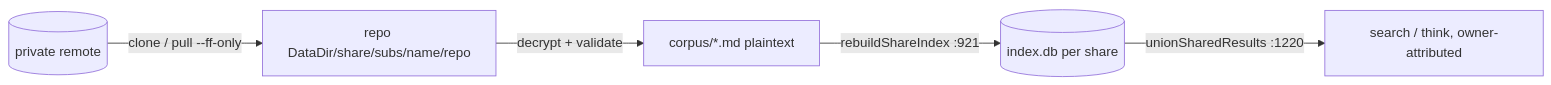
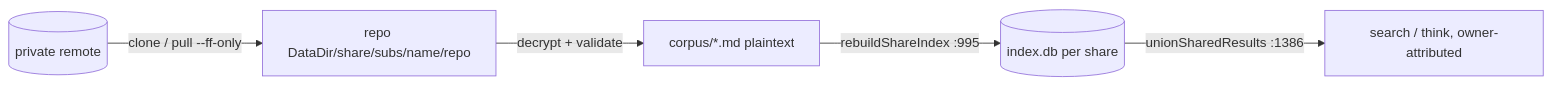
The second of 2 diagrams in docs/architecture/13-sharing.md (pyranthus-hq/mora), drawn with Mermaid before and after one commit. The commit also changed other lines of this file and 1 other file, not shown here.

Commit message:
docs(share): refresh architecture citations for hardening pass (allowlist, self-heal, shared read path)

````diff
--- a/docs/architecture/13-sharing.md
+++ b/docs/architecture/13-sharing.md
@@ -27,7 +27,7 @@
 ```mermaid
 flowchart LR
     R[(private remote)] -->|clone / pull --ff-only| C[repo DataDir/share/subs/name/repo]
     C -->|decrypt + validate| P[corpus/*.md plaintext]
-    P -->|rebuildShareIndex :921| I[(index.db per share)]
-    I -->|unionSharedResults :1220| Q[search / think, owner-attributed]
+    P -->|rebuildShareIndex :995| I[(index.db per share)]
+    I -->|unionSharedResults :1386| Q[search / think, owner-attributed]
 ```
````
